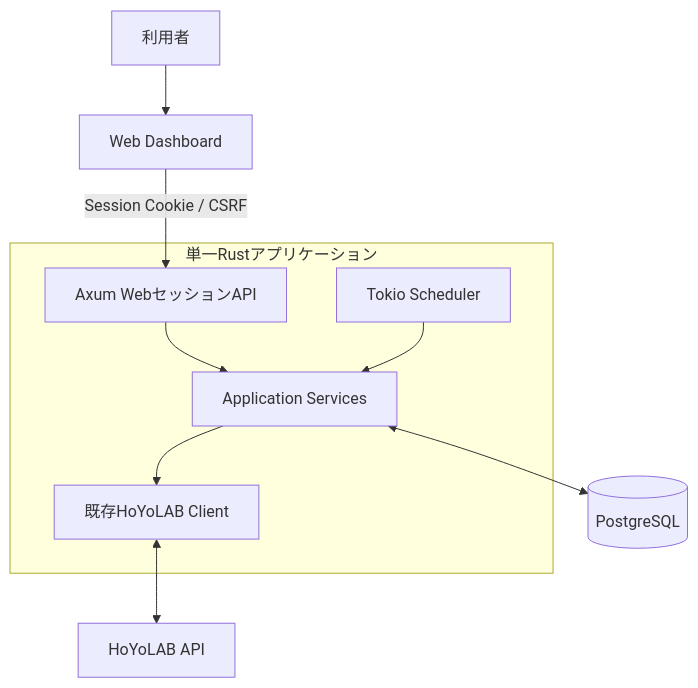
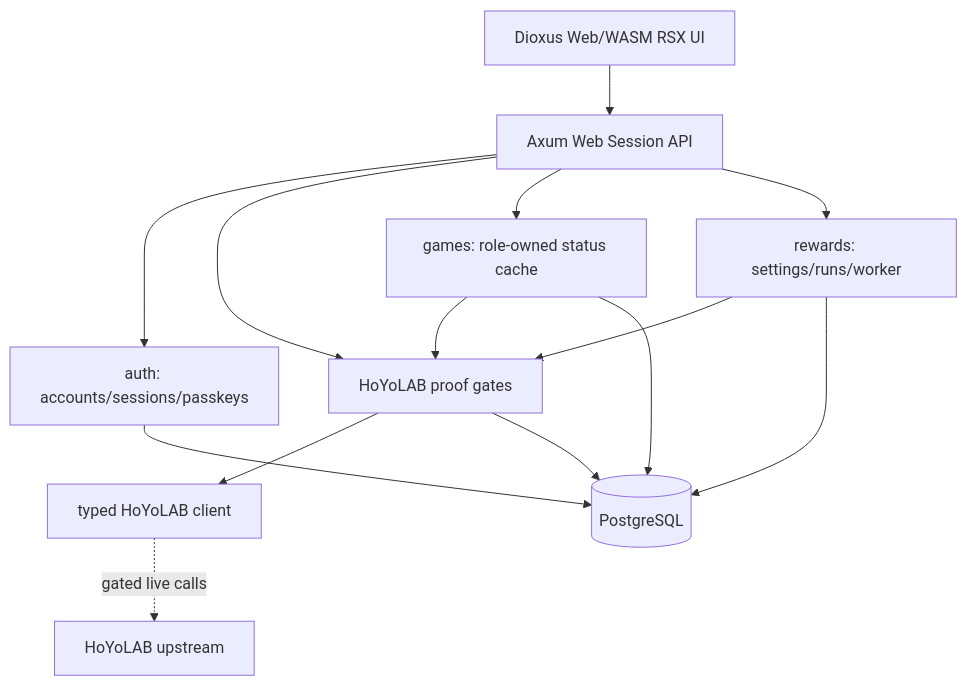
Before and after one commit to AttODao/AttOsHoYoDashboard: the first of 3 diagrams in docs/design/AttOsGameDashboard.md, drawn with Mermaid. The commit also changed other lines of this file and 41 other files, not shown here.

Commit message:
feat(dashboard): deliver Dioxus RSX UI and mount verified web workflows

````diff
--- a/docs/design/AttOsGameDashboard.md
+++ b/docs/design/AttOsGameDashboard.md
@@ -9,12 +7,16 @@
 ```mermaid
 flowchart TB
-    user["利用者"] --> browser["Web Dashboard"]
-    subgraph app["単一Rustアプリケーション"]
-        api["Axum WebセッションAPI"] --> services["Application Services"]
-        scheduler["Tokio Scheduler"] --> services
-        services --> hoyolab["既存HoYoLAB Client"]
-    end
-    browser -->|"Session Cookie / CSRF"| api
-    services <--> db[("PostgreSQL")]
-    hoyolab <--> external["HoYoLAB API"]
+    browser["Dioxus Web/WASM RSX UI"] --> api["Axum Web Session API"]
+    api --> auth["auth: accounts/sessions/passkeys"]
+    api --> hl["HoYoLAB proof gates"]
+    api --> games["games: role-owned status cache"]
+    api --> rewards["rewards: settings/runs/worker"]
+    rewards --> hl
+    games --> hl
+    hl --> client["typed HoYoLAB client"]
+    auth --> db[(PostgreSQL)]
+    hl --> db
+    games --> db
+    rewards --> db
+    client -. gated live calls .-> upstream["HoYoLAB upstream"]
 ```
````
